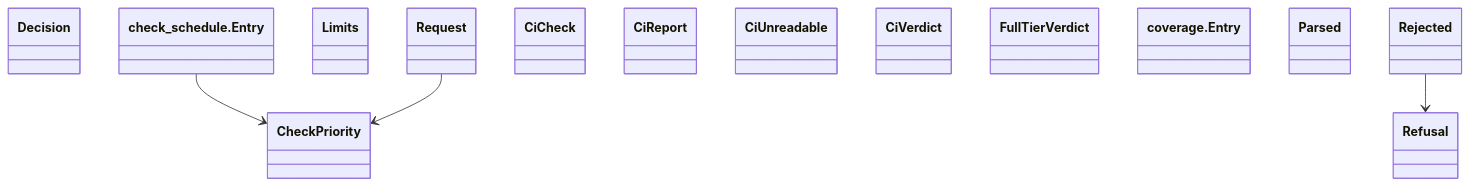
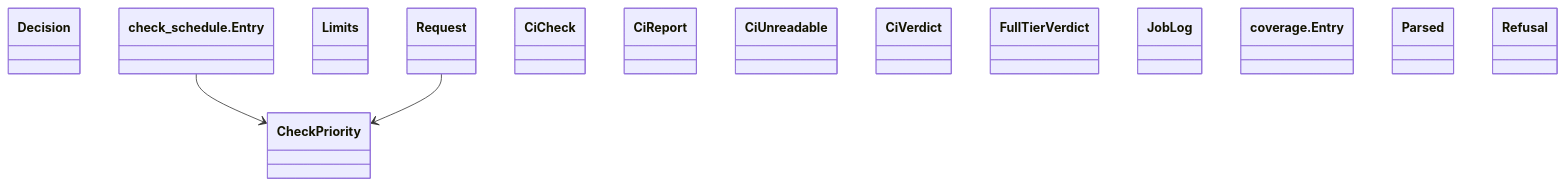
The diagram in docs/architecture/generated/classes-process-domain-checks-1.md (GonzaloZevallos/agentic-system), drawn with Mermaid before and after one commit. The commit also changed other lines of this file and 15 other files, not shown here.

Commit message:
Regenerate the class pages for JobLog, CiLogs and the gh log adapter

````diff
--- a/docs/architecture/generated/classes-process-domain-checks-1.md
+++ b/docs/architecture/generated/classes-process-domain-checks-1.md
@@ -20,20 +20,19 @@
 ```mermaid
 classDiagram
     class check_schedule__CheckPriority["CheckPriority"]
     class check_schedule__Decision["Decision"]
     class check_schedule__Entry["check_schedule.Entry"]
     class check_schedule__Limits["Limits"]
     class check_schedule__Request["Request"]
     class ci__CiCheck["CiCheck"]
     class ci__CiReport["CiReport"]
     class ci__CiUnreadable["CiUnreadable"]
     class ci__CiVerdict["CiVerdict"]
     class ci__FullTierVerdict["FullTierVerdict"]
+    class ci__JobLog["JobLog"]
     class coverage__Entry["coverage.Entry"]
     class coverage__Parsed["Parsed"]
     class coverage__Refusal["Refusal"]
-    class coverage__Rejected["Rejected"]
     check_schedule__Entry --> check_schedule__CheckPriority
     check_schedule__Request --> check_schedule__CheckPriority
-    coverage__Rejected --> coverage__Refusal
 ```
````
